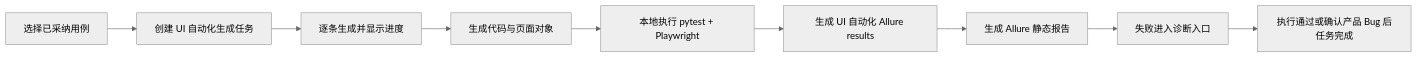
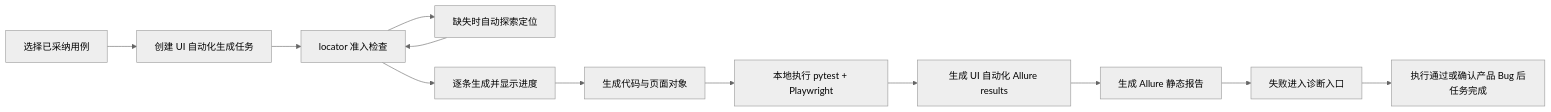
Before and after one commit to Elixir-Wang/aitest: the second of 2 diagrams in docs/00-产品文档/00-09-AI测试系统-自动化测试与Allure报告PRD.md, drawn with Mermaid (neutral theme). The commit also changed other lines of this file and 30 other files, not shown here.

````diff
--- a/docs/00-产品文档/00-09-AI测试系统-自动化测试与Allure报告PRD.md
+++ b/docs/00-产品文档/00-09-AI测试系统-自动化测试与Allure报告PRD.md
@@ -116,11 +150,14 @@
 ```mermaid
 flowchart LR
     Pick["选择已采纳用例"] --> Create["创建 UI 自动化生成任务"]
-    Create --> Progress["逐条生成并显示进度"]
+    Create --> Gate["locator 准入检查"]
+    Gate --> Explore["缺失时自动探索定位"]
+    Explore --> Gate
+    Gate --> Progress["逐条生成并显示进度"]
     Progress --> Code["生成代码与页面对象"]
     Code --> Run["本地执行 pytest + Playwright"]
     Run --> AllureRaw["生成 UI 自动化 Allure results"]
     AllureRaw --> AllureReport["生成 Allure 静态报告"]
     AllureReport --> Diagnose["失败进入诊断入口"]
     Diagnose --> Done["执行通过或确认产品 Bug 后任务完成"]
 ```
````
